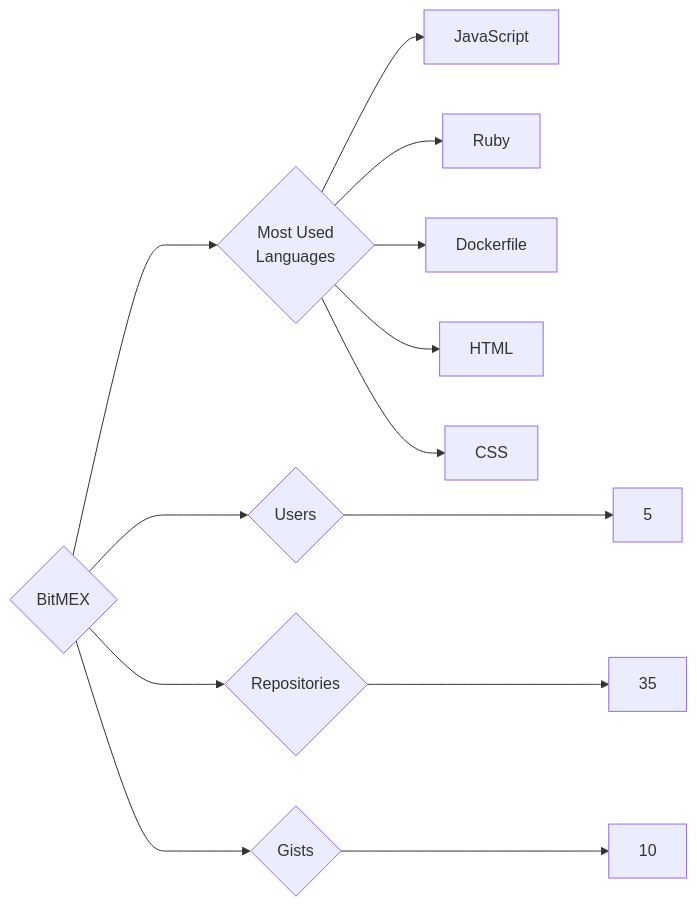
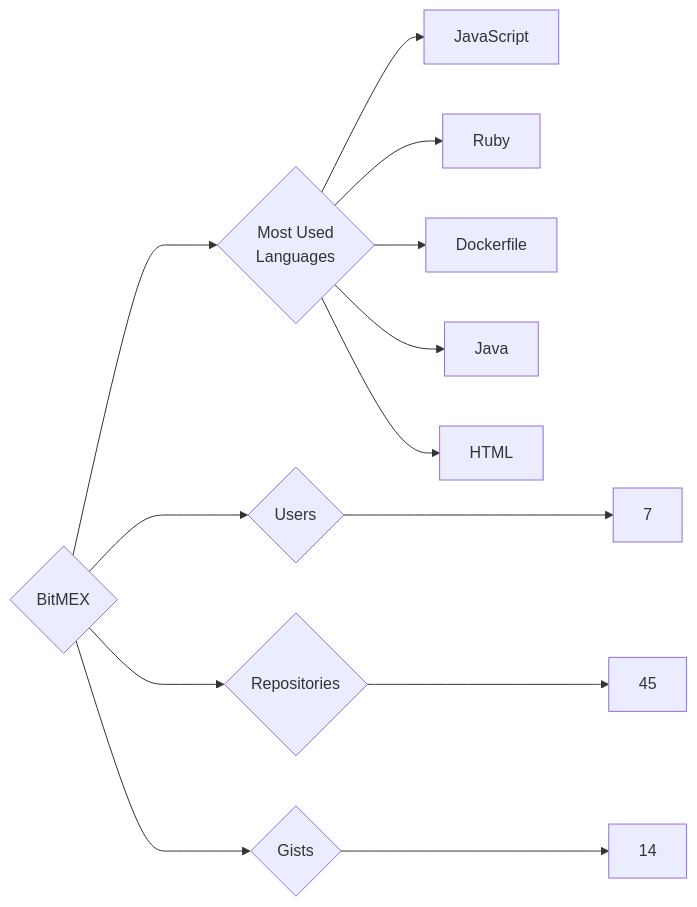
One commit to trickest/insiders changed the diagram in targets/BitMEX/README.md. Above: the diagram before and after it, drawn with Mermaid. The commit also changed 682 other files, not shown here.

````diff
--- a/targets/BitMEX/README.md
+++ b/targets/BitMEX/README.md
@@ -3,13 +3,13 @@
 ```mermaid
 graph LR
 COMPANY_NAME{BitMEX}
-COMPANY_NAME ---> U{Users} ---> UN[5]
-COMPANY_NAME ---> R{Repositories} ---> RN[35]
-COMPANY_NAME ---> G{Gists} ---> GN[10]
+COMPANY_NAME ---> U{Users} ---> UN[7]
+COMPANY_NAME ---> R{Repositories} ---> RN[45]
+COMPANY_NAME ---> G{Gists} ---> GN[14]
 COMPANY_NAME ---> ML{Most Used<br>Languages}
 ML --> JavaScript[JavaScript]
 ML --> Ruby[Ruby]
 ML --> Dockerfile[Dockerfile]
+ML --> Java[Java]
 ML --> HTML[HTML]
-ML --> CSS[CSS]
 ```
````
